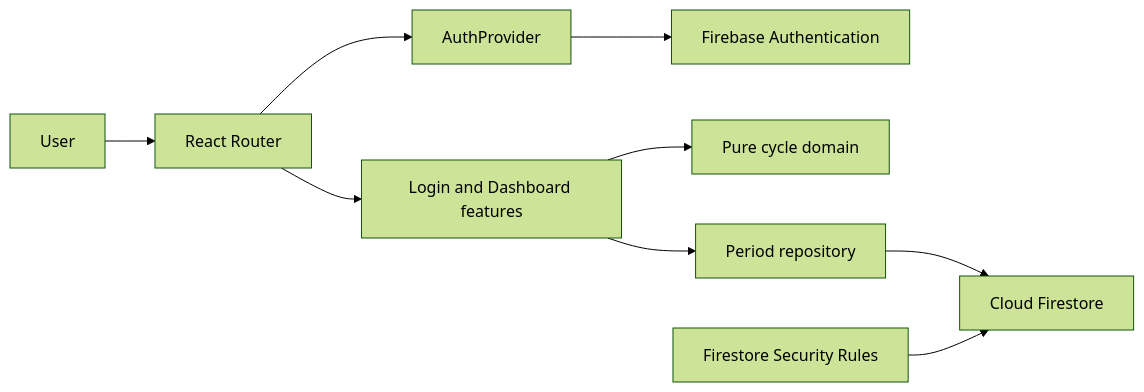
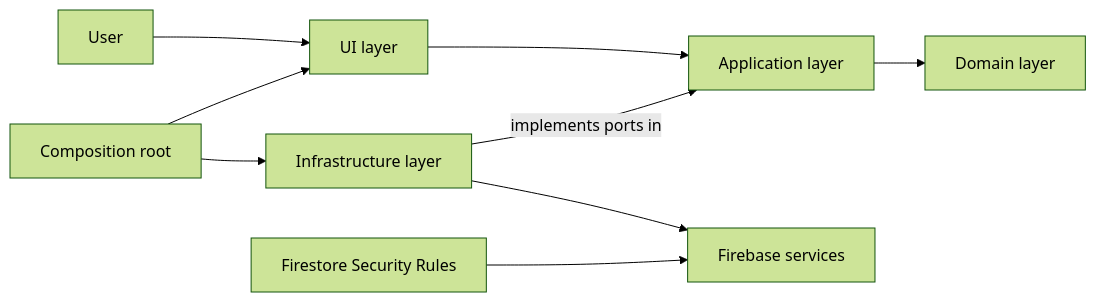
The diagram in README.md (muhsintt777/c-tracker), drawn with Mermaid (forest theme) before and after one commit. The commit also changed other lines of this file and 19 other files, not shown here.

Commit message:
chore: improve architecture

````diff
--- a/README.md
+++ b/README.md
@@ -15,11 +15,11 @@
 ```mermaid
 flowchart LR
-  User[User] --> Routes[React Router]
-  Routes --> Auth[AuthProvider]
-  Auth --> FirebaseAuth[Firebase Authentication]
-  Routes --> Features[Login and Dashboard features]
-  Features --> Domain[Pure cycle domain]
-  Features --> Repository[Period repository]
-  Repository --> Firestore[Cloud Firestore]
-  Rules[Firestore Security Rules] --> Firestore
+  User[User] --> UI[UI layer]
+  UI --> App[Application layer]
+  App --> Domain[Domain layer]
+  Infra[Infrastructure layer] -->|implements ports in| App
+  Infra --> Firebase[Firebase services]
+  Composition[Composition root] --> Infra
+  Composition --> UI
+  Rules[Firestore Security Rules] --> Firebase
 ```
````
